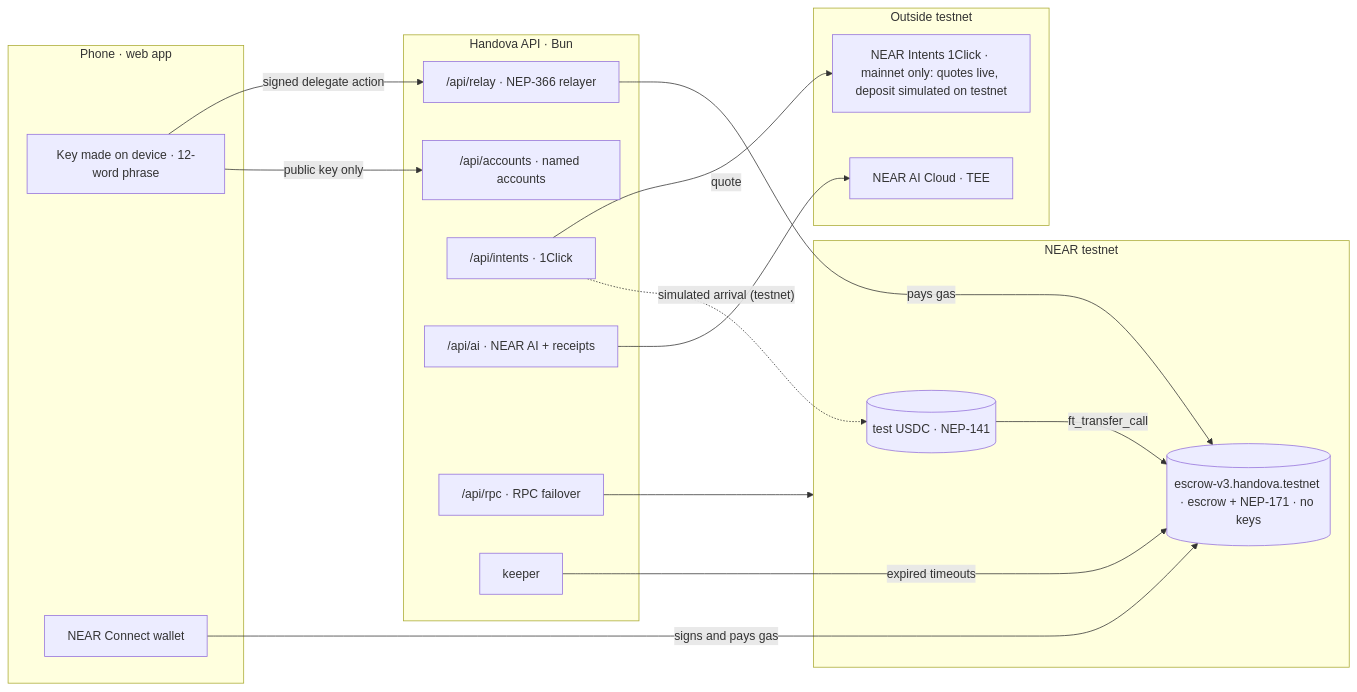
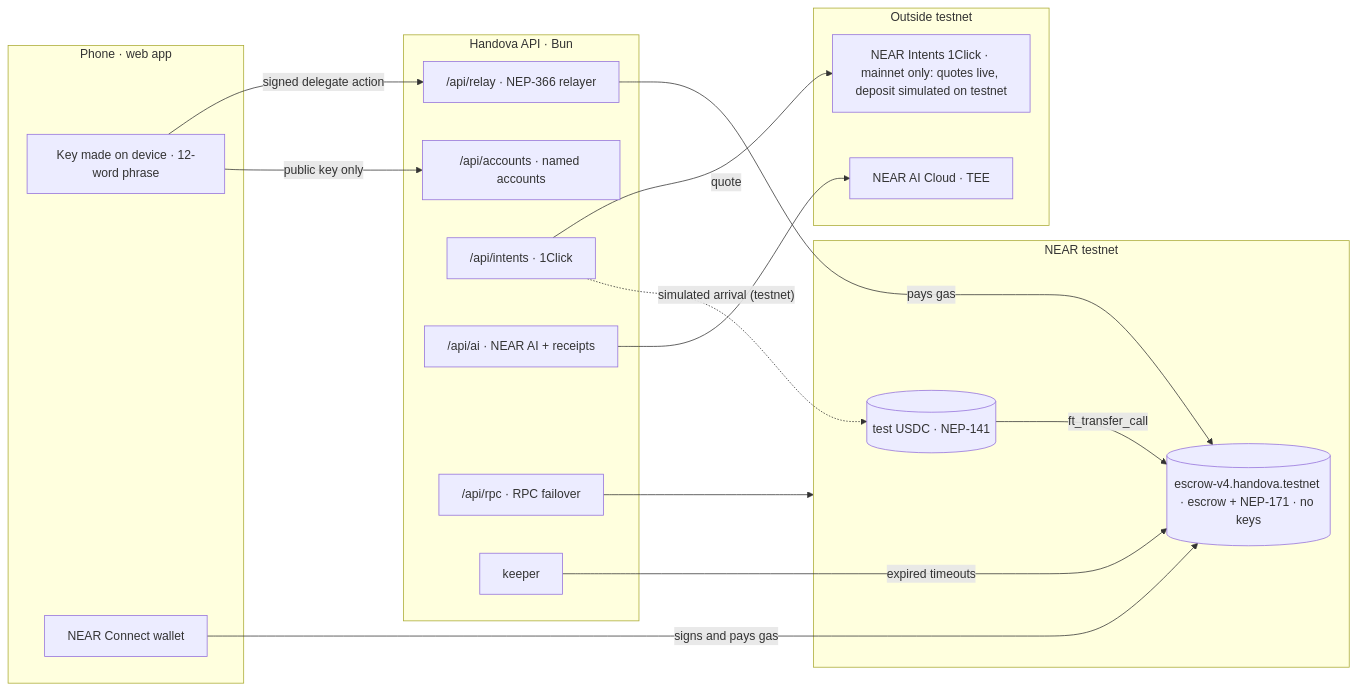
Before and after one commit to UseHandova/handova-near: the first of 2 diagrams in docs/ARCHITECTURE.md, drawn with Mermaid. The commit also changed other lines of this file and 4 other files, not shown here.

````diff
--- a/docs/ARCHITECTURE.md
+++ b/docs/ARCHITECTURE.md
@@ -7,32 +7,32 @@
 ```mermaid
 flowchart LR
     subgraph Phone["Phone · web app"]
         K["Key made on device · 12-word phrase"]
         W["NEAR Connect wallet"]
     end
     subgraph API["Handova API · Bun"]
         R["/api/relay · NEP-366 relayer"]
         A["/api/accounts · named accounts"]
         I["/api/intents · 1Click"]
         AI["/api/ai · NEAR AI + receipts"]
         P["/api/rpc · RPC failover"]
         KP["keeper"]
     end
     subgraph NEAR["NEAR testnet"]
-        E[("escrow-v3.handova.testnet · escrow + NEP-171 · no keys")]
+        E[("escrow-v4.handova.testnet · escrow + NEP-171 · no keys")]
         U[("test USDC · NEP-141")]
     end
     subgraph EXT["Outside testnet"]
         NI["NEAR Intents 1Click · mainnet only: quotes live, deposit simulated on testnet"]
         NA["NEAR AI Cloud · TEE"]
     end
     K -- "signed delegate action" --> R -- "pays gas" --> E
     K -- "public key only" --> A
     W -- "signs and pays gas" --> E
     I -- "quote" --> NI
     I -. "simulated arrival (testnet)" .-> U
     U -- "ft_transfer_call" --> E
     AI --> NA
     KP -- "expired timeouts" --> E
     P --> NEAR
 ```
````
